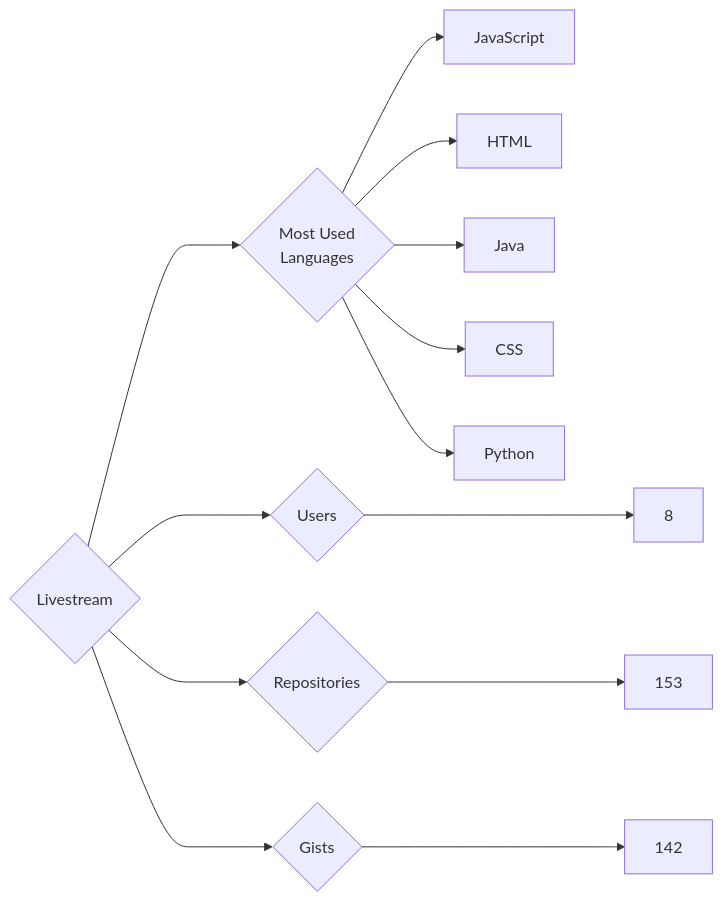
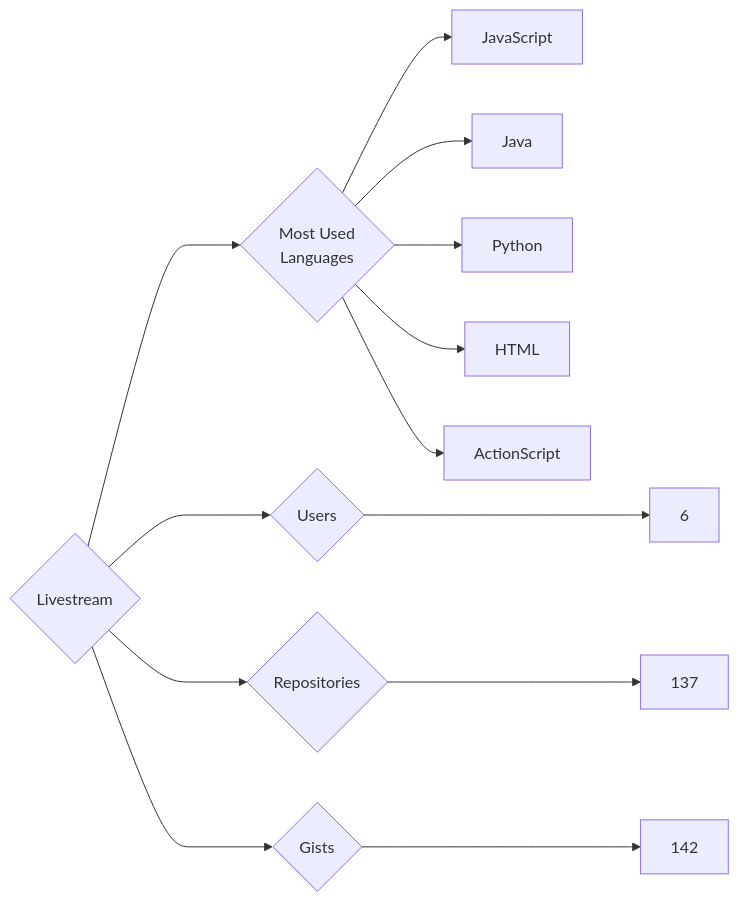
One commit to trickest/insiders changed the diagram in targets/Livestream/README.md. Above: the diagram before and after it, drawn with Mermaid. The commit also changed 895 other files, not shown here.

````diff
--- a/targets/Livestream/README.md
+++ b/targets/Livestream/README.md
@@ -3,13 +3,13 @@
 ```mermaid
 graph LR
 COMPANY_NAME{Livestream}
-COMPANY_NAME ---> U{Users} ---> UN[8]
-COMPANY_NAME ---> R{Repositories} ---> RN[153]
+COMPANY_NAME ---> U{Users} ---> UN[6]
+COMPANY_NAME ---> R{Repositories} ---> RN[137]
 COMPANY_NAME ---> G{Gists} ---> GN[142]
 COMPANY_NAME ---> ML{Most Used<br>Languages}
 ML --> JavaScript[JavaScript]
+ML --> Java[Java]
+ML --> Python[Python]
 ML --> HTML[HTML]
-ML --> Java[Java]
-ML --> CSS[CSS]
-ML --> Python[Python]
+ML --> ActionScript[ActionScript]
 ```
````
